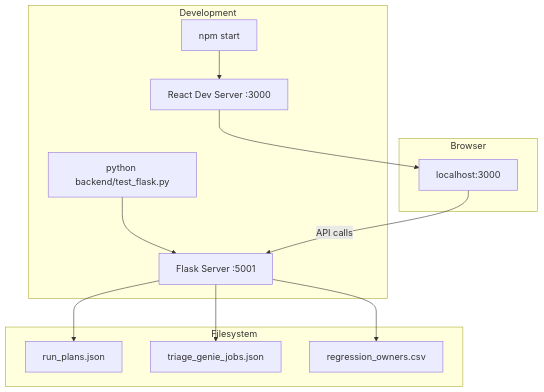
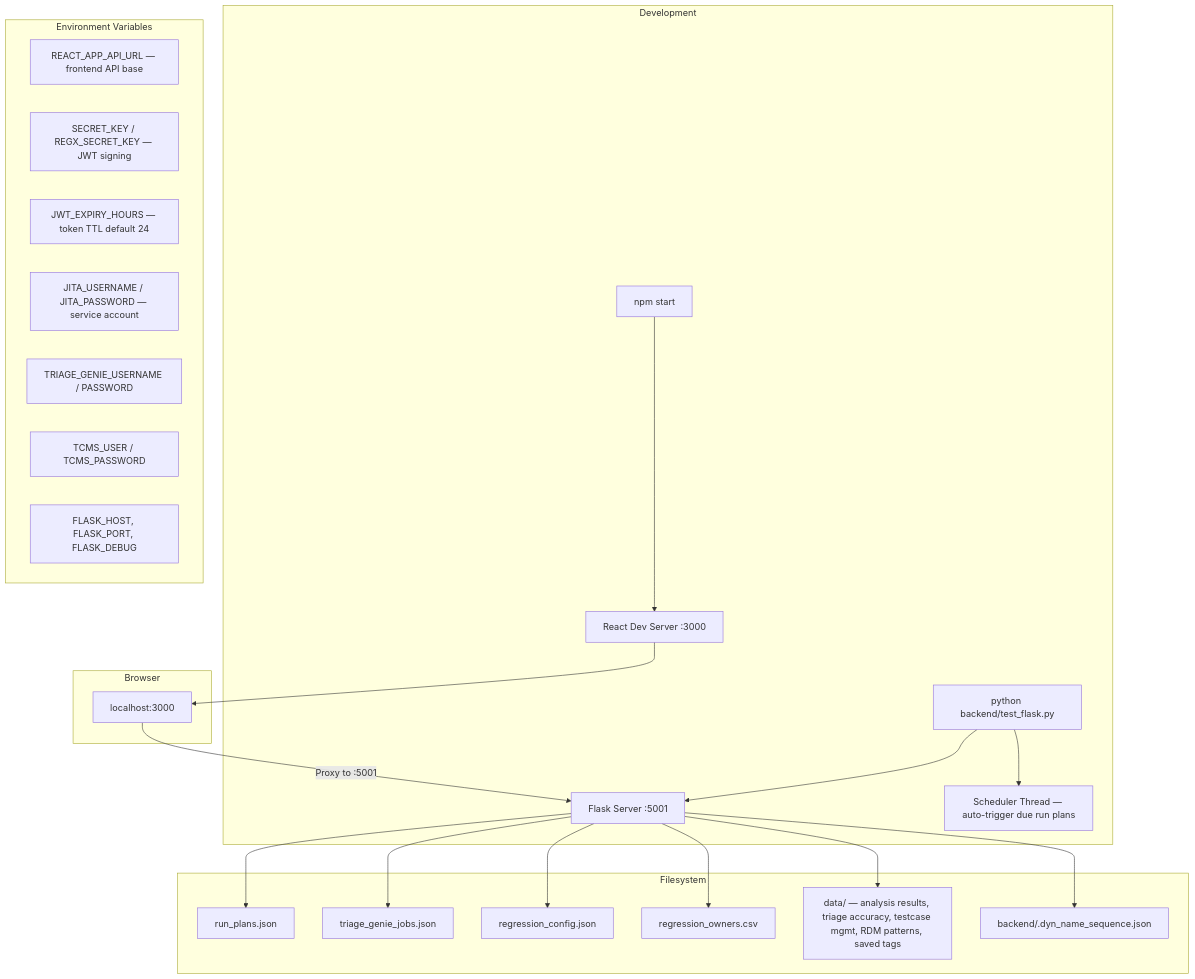
Before and after one commit to sudharshan332/RegX-AI: the sixth of 7 diagrams in PROJECT_DOCUMENTATION_AND_ARCHITECTURE.md, drawn with Mermaid. The commit also changed other lines of this file and 34 other files, not shown here.

````diff
--- a/PROJECT_DOCUMENTATION_AND_ARCHITECTURE.md
+++ b/PROJECT_DOCUMENTATION_AND_ARCHITECTURE.md
@@ -233,20 +427,34 @@
 ```mermaid
 graph TB
     subgraph "Development"
         NPM[npm start]
         PY[python backend/test_flask.py]
         NPM --> REACT[React Dev Server :3000]
         PY --> FLASK[Flask Server :5001]
+        PY --> SCHEDULER[Scheduler Thread — auto-trigger due run plans]
     end
 
     subgraph "Browser"
         REACT --> BROWSER[localhost:3000]
-        BROWSER -->|API calls| FLASK
+        BROWSER -->|Proxy to :5001| FLASK
+    end
+
+    subgraph "Environment Variables"
+        ENV1[REACT_APP_API_URL — frontend API base]
+        ENV2[SECRET_KEY / REGX_SECRET_KEY — JWT signing]
+        ENV3[JWT_EXPIRY_HOURS — token TTL default 24]
+        ENV4[JITA_USERNAME / JITA_PASSWORD — service account]
+        ENV5[TRIAGE_GENIE_USERNAME / PASSWORD]
+        ENV6[TCMS_USER / TCMS_PASSWORD]
+        ENV7[FLASK_HOST, FLASK_PORT, FLASK_DEBUG]
     end
 
     subgraph "Filesystem"
         FLASK --> run_plans.json
         FLASK --> triage_genie_jobs.json
+        FLASK --> regression_config.json
         FLASK --> regression_owners.csv
+        FLASK --> data_dir["data/ — analysis results, triage accuracy, testcase mgmt, RDM patterns, saved tags"]
+        FLASK --> dyn_seq["backend/.dyn_name_sequence.json"]
     end
 ```
````
